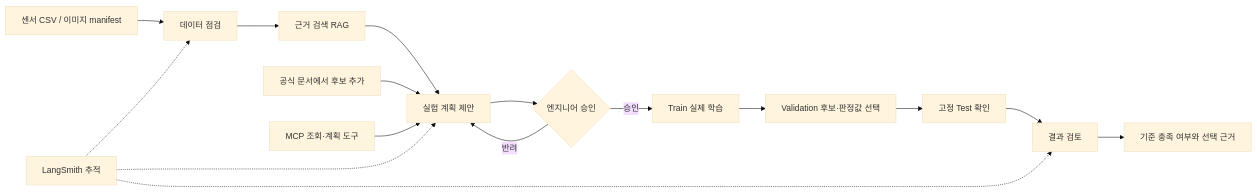
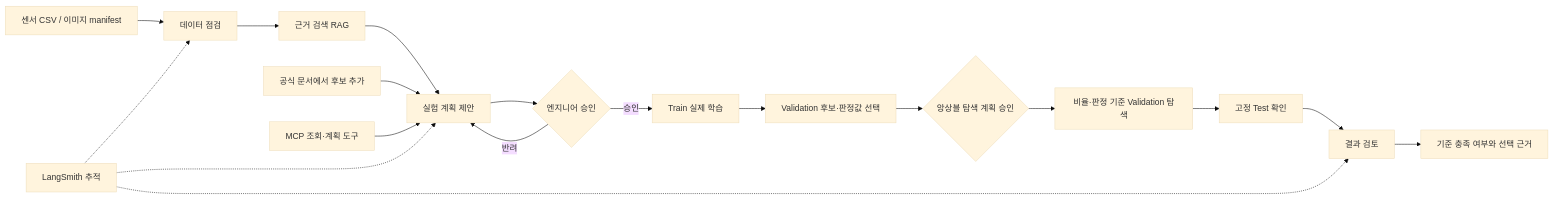
One commit to dragonchan95/Semiconductor-AI-Agent changed the diagram in docs/REPORT.md. Above: the diagram before and after it, drawn with Mermaid (base theme). The commit also changed other lines of this file and 37 other files, not shown here.

````diff
--- a/docs/REPORT.md
+++ b/docs/REPORT.md
@@ -291,18 +252,20 @@
 ```mermaid
 flowchart LR
     A[센서 CSV / 이미지 manifest] --> B[데이터 점검]
     B --> C[근거 검색 RAG]
     C --> D[실험 계획 제안]
     D --> E{엔지니어 승인}
     E -->|승인| F[Train 실제 학습]
     E -->|반려| D
     F --> G[Validation 후보·판정값 선택]
-    G --> H[고정 Test 확인]
+    G --> E2{앙상블 탐색 계획 승인}
+    E2 --> W[비율·판정 기준 Validation 탐색]
+    W --> H[고정 Test 확인]
     H --> I[결과 검토]
     I --> J[기준 충족 여부와 선택 근거]
     K2[공식 문서에서 후보 추가] --> D
     K[MCP 조회·계획 도구] --> D
     L[LangSmith 추적] -.-> B
     L -.-> D
     L -.-> I
 ```
````
